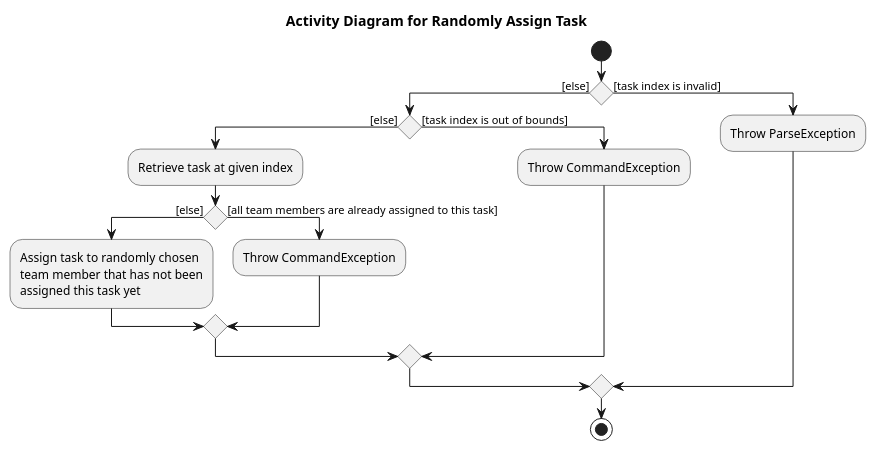
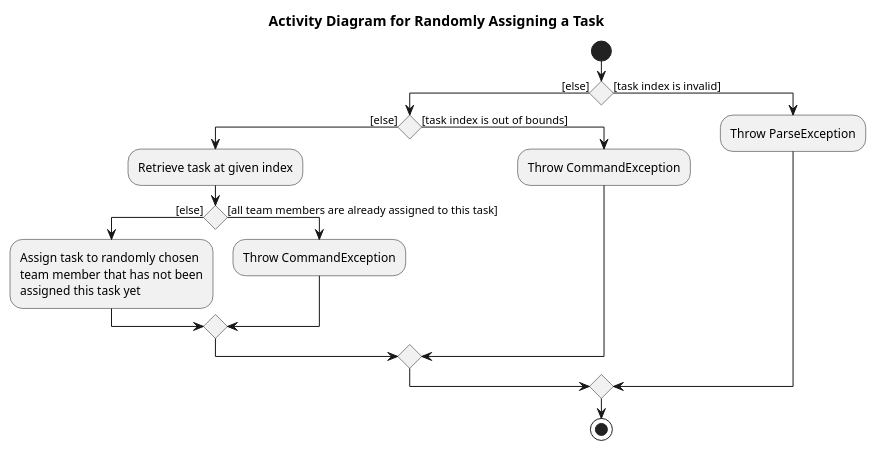
Before and after one commit to nus-cs2103-AY2223S1/tp: the diagram in docs/diagrams/RandomlyAssignTaskActivityDiagram.puml, drawn with PlantUML. The commit also changed 2 other files, not shown here.

Commit message:
Update RandomlyAssignTask

```diff
--- a/docs/diagrams/RandomlyAssignTaskActivityDiagram.puml
+++ b/docs/diagrams/RandomlyAssignTaskActivityDiagram.puml
@@ -1,23 +1,23 @@
 @startuml
 start
 
-title Activity Diagram for Randomly Assign Task
+title Activity Diagram for Randomly Assigning a Task
 
 if () then ([else])
     if () then ([else])
         :Retrieve task at given index;
         if () then ([else])
             :Assign task to randomly chosen
             team member that has not been
             assigned this task yet;
         else ([all team members are already assigned to this task])
             :Throw CommandException;
         endif
     else ([task index is out of bounds])
             :Throw CommandException;
     endif
 else ([task index is invalid])
     :Throw ParseException;
 endif
 stop
 @enduml
```
